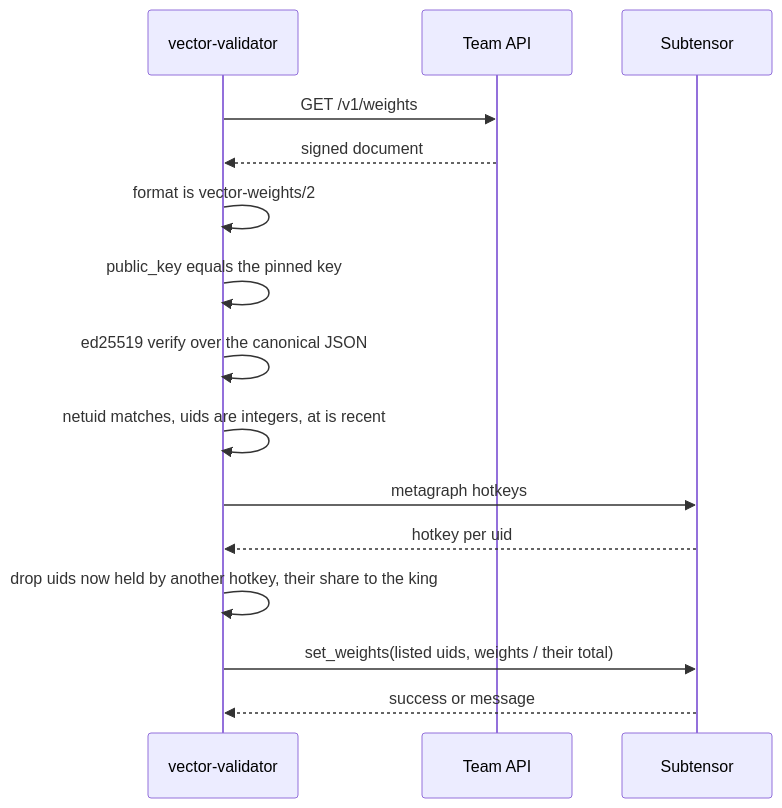
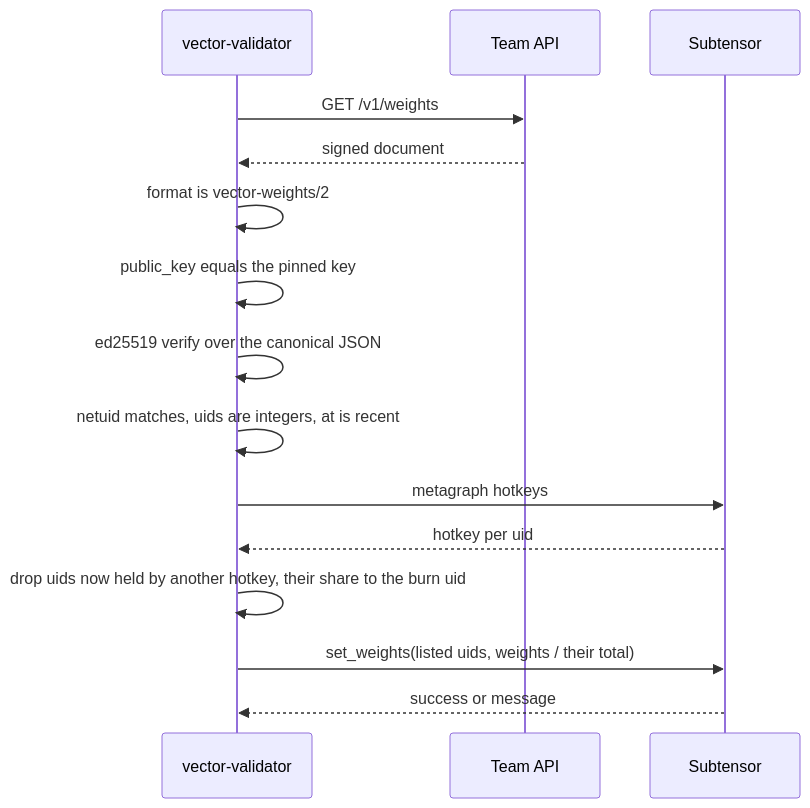
Before and after one commit to robotensor/vector-validator: the second of 2 diagrams in README.md, drawn with Mermaid. The commit also changed other lines of this file and 4 other files, not shown here.

Commit message:
A share whose uid changed hands goes to the document's burn uid

````diff
--- a/README.md
+++ b/README.md
@@ -130,17 +132,17 @@
 ```mermaid
 sequenceDiagram
   participant V as vector-validator
   participant A as Team API
   participant C as Subtensor
   V->>A: GET /v1/weights
   A-->>V: signed document
   V->>V: format is vector-weights/2
   V->>V: public_key equals the pinned key
   V->>V: ed25519 verify over the canonical JSON
   V->>V: netuid matches, uids are integers, at is recent
   V->>C: metagraph hotkeys
   C-->>V: hotkey per uid
-  V->>V: drop uids now held by another hotkey, their share to the king
+  V->>V: drop uids now held by another hotkey, their share to the burn uid
   V->>C: set_weights(listed uids, weights / their total)
   C-->>V: success or message
 ```
````
